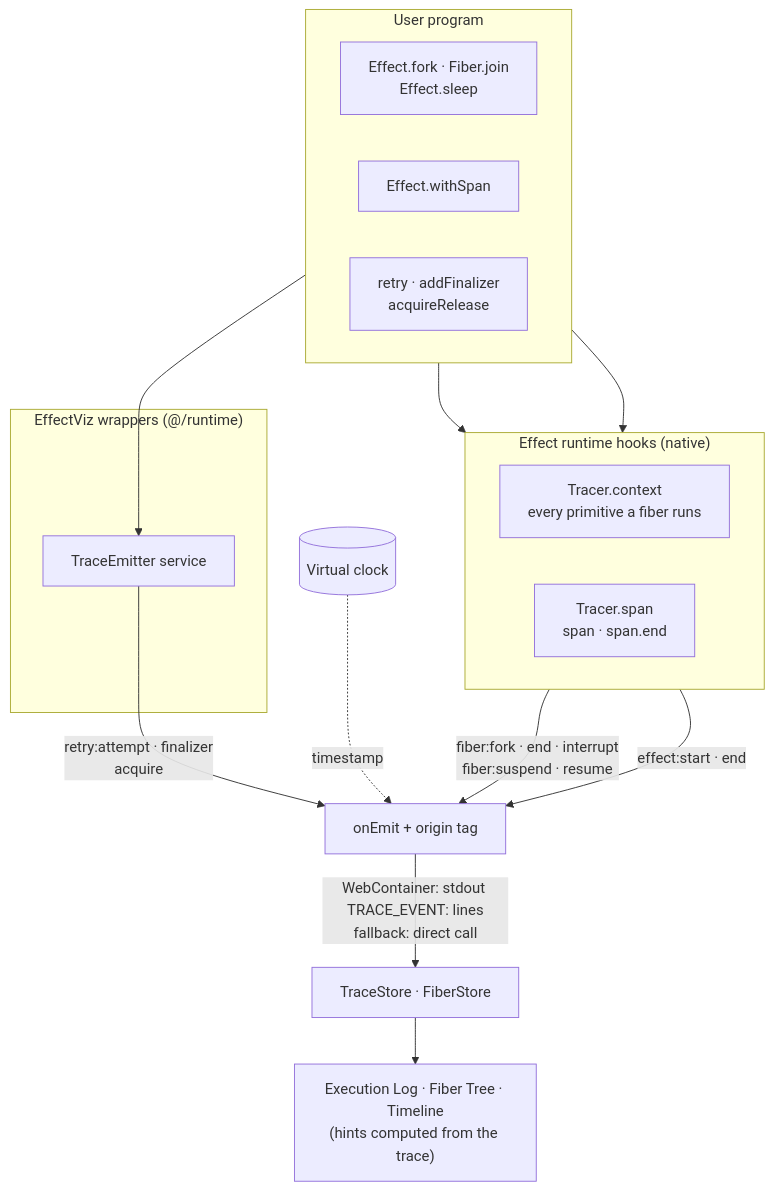
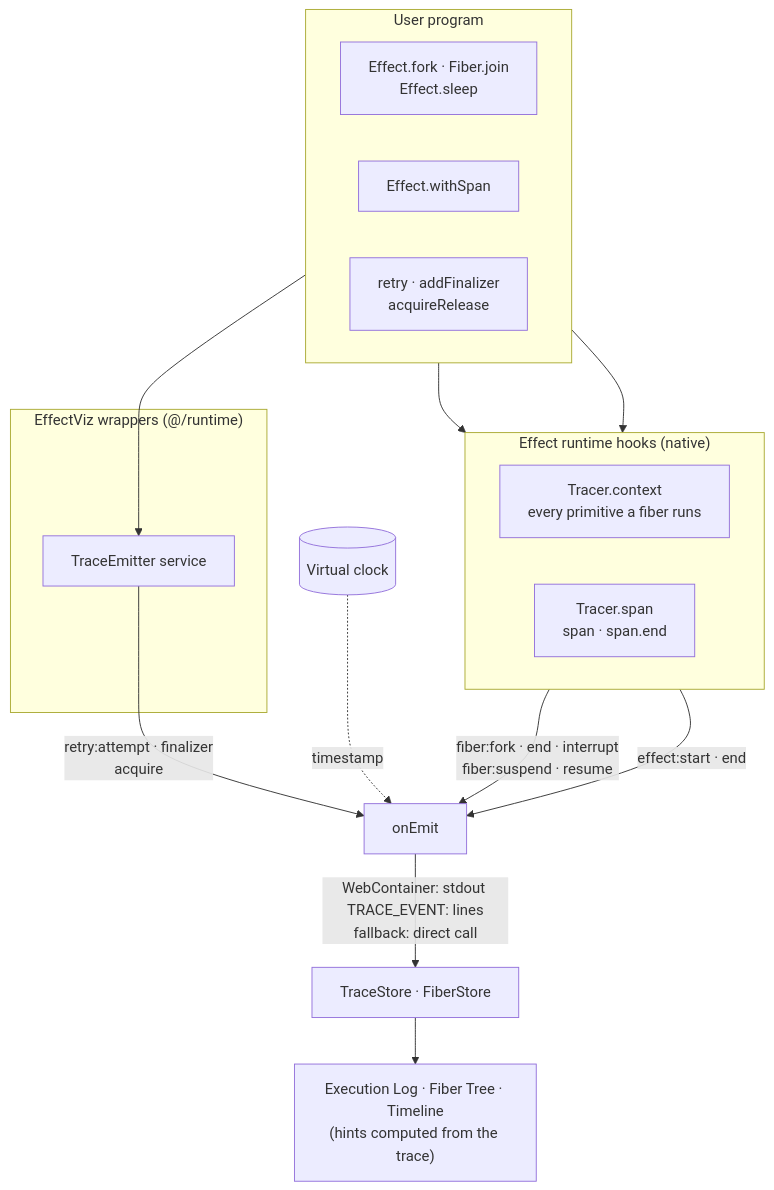
One commit to topheman/effect-viz changed the diagram in workshop/trace-events.md. Above: the diagram before and after it, drawn with Mermaid. The commit also changed other lines of this file and 14 other files, not shown here.

````diff
--- a/workshop/trace-events.md
+++ b/workshop/trace-events.md
@@ -5,33 +5,33 @@
 ```mermaid
 flowchart TB
   subgraph prog["User program"]
     direction LR
     fork["Effect.fork · Fiber.join<br/>Effect.sleep"]
     span["Effect.withSpan"]
     wrap["retry · addFinalizer<br/>acquireRelease"]
   end
 
   subgraph native["Effect runtime hooks (native)"]
     direction LR
     ctx["Tracer.context<br/>every primitive a fiber runs"]
     tracer["Tracer.span<br/>span · span.end"]
   end
 
   subgraph ours["EffectViz wrappers (@/runtime)"]
     emitter["TraceEmitter service"]
   end
 
   fork --> ctx
   span --> tracer
   wrap --> emitter
 
   ctx -->|"fiber:fork · end · interrupt<br/>fiber:suspend · resume"| emit
   tracer -->|"effect:start · end"| emit
   emitter -->|"retry:attempt · finalizer<br/>acquire"| emit
 
   clock[("Virtual clock")] -.->|"timestamp"| emit
-  emit["onEmit + origin tag"]
+  emit["onEmit"]
 
   emit -->|"WebContainer: stdout TRACE_EVENT: lines<br/>fallback: direct call"| store["TraceStore · FiberStore"]
   store --> ui["Execution Log · Fiber Tree · Timeline<br/>(hints computed from the trace)"]
 ```
````
